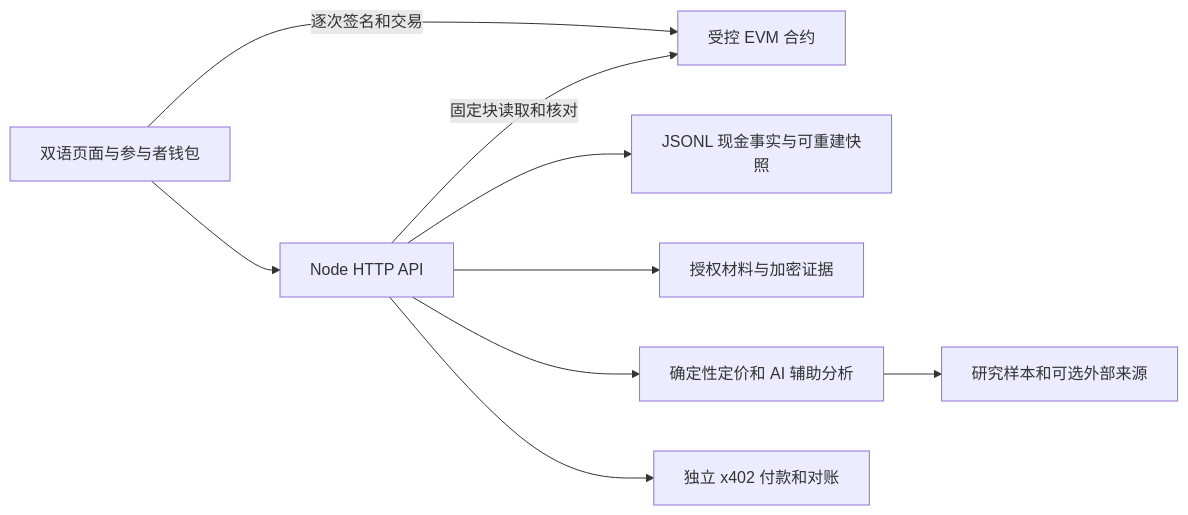
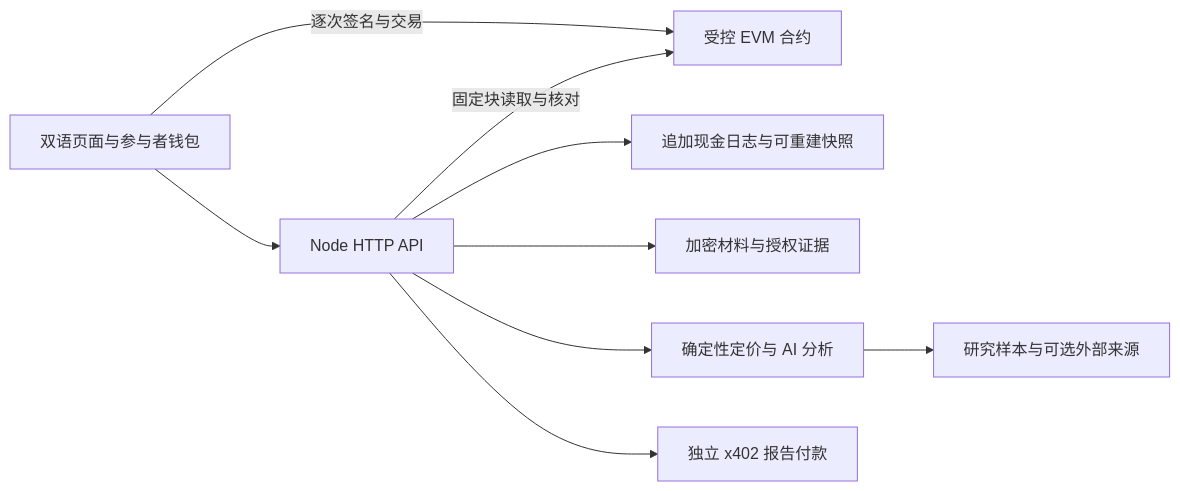
Before and after one commit to liaboveall/Agent-BL-Upgrade: the diagram in docs/architecture-current.md, drawn with Mermaid. The commit also changed other lines of this file and 46 other files, not shown here.

````diff
--- a/docs/architecture-current.md
+++ b/docs/architecture-current.md
@@ -5,11 +3,11 @@
 ```mermaid
 flowchart LR
   UI[双语页面与参与者钱包] --> API[Node HTTP API]
-  UI -->|逐次签名和交易| EVM[受控 EVM 合约]
-  API -->|固定块读取和核对| EVM
-  API --> Ledger[JSONL 现金事实与可重建快照]
-  API --> Vault[授权材料与加密证据]
-  API --> Agent[确定性定价和 AI 辅助分析]
-  Agent --> Sources[研究样本和可选外部来源]
-  API --> Reports[独立 x402 付款和对账]
+  UI -->|逐次签名与交易| EVM[受控 EVM 合约]
+  API -->|固定块读取与核对| EVM
+  API --> Ledger[追加现金日志与可重建快照]
+  API --> Vault[加密材料与授权证据]
+  API --> Agent[确定性定价与 AI 分析]
+  Agent --> Sources[研究样本与可选外部来源]
+  API --> Reports[独立 x402 报告付款]
 ```
````
